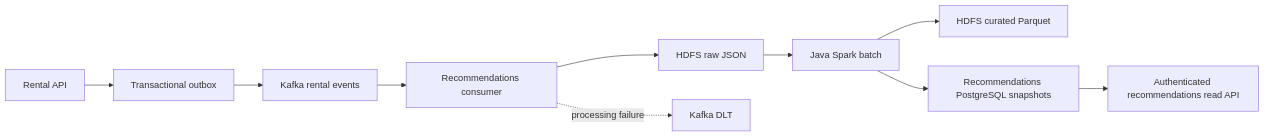
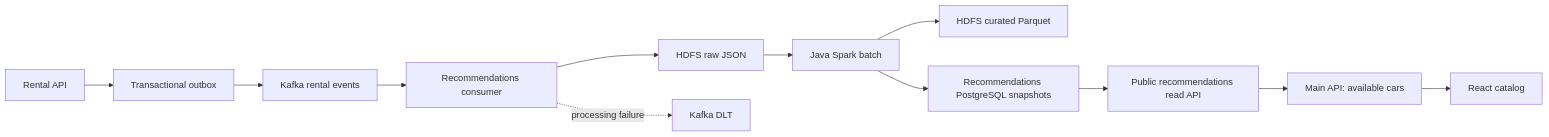
Before and after one commit to theguuholi/rent-cars: the diagram in docs/recommendations-spark.md, drawn with Mermaid. The commit also changed other lines of this file and 30 other files, not shown here.

First line of the commit message:
feat: show popular available cars in the rental catalog (#83)

````diff
--- a/docs/recommendations-spark.md
+++ b/docs/recommendations-spark.md
@@ -9,12 +9,14 @@
 ```mermaid
 flowchart LR
   API[Rental API] --> Outbox[Transactional outbox]
   Outbox --> Kafka[Kafka rental events]
   Kafka --> Consumer[Recommendations consumer]
   Consumer --> Raw[HDFS raw JSON]
   Consumer -. processing failure .-> DLT[Kafka DLT]
   Raw --> Spark[Java Spark batch]
   Spark --> Parquet[HDFS curated Parquet]
   Spark --> DB[Recommendations PostgreSQL snapshots]
-  DB --> ReadAPI[Authenticated recommendations read API]
+  DB --> ReadAPI[Public recommendations read API]
+  ReadAPI --> FleetAPI[Main API: available cars]
+  FleetAPI --> Web[React catalog]
 ```
````
